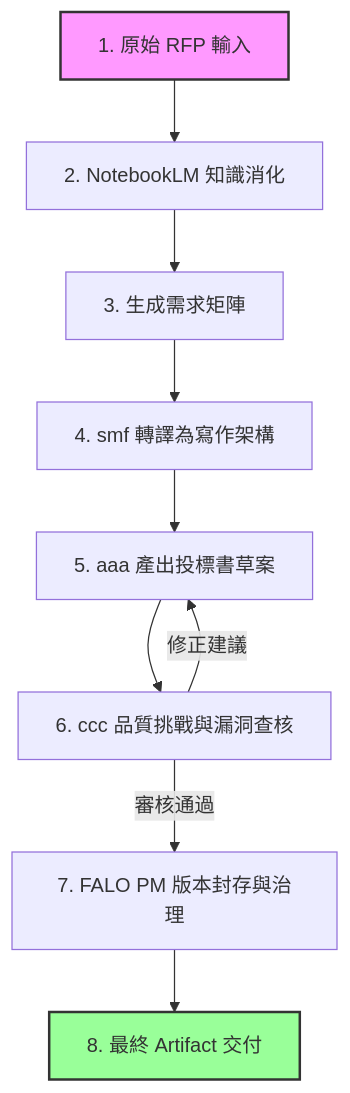
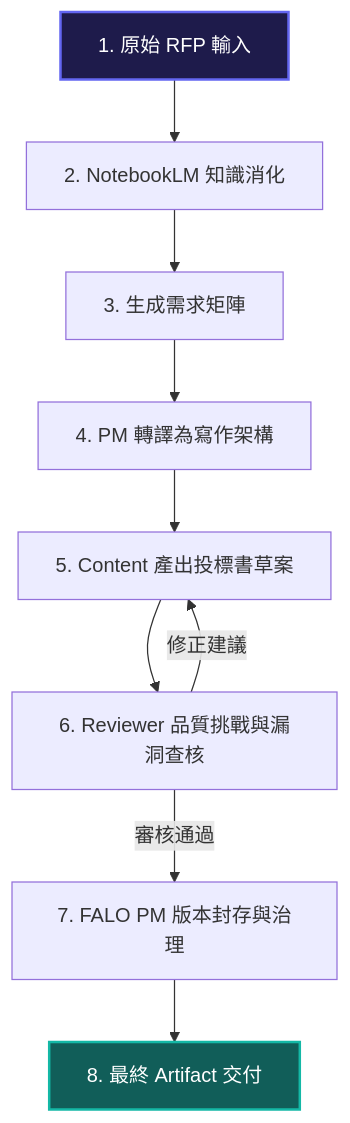
Before and after one commit to falo-chinese/skyline-class: the diagram in class2/docs/02_tender_workflow.md, drawn with Mermaid. The commit also changed other lines of this file and 11 other files, not shown here.

````diff
--- a/class2/docs/02_tender_workflow.md
+++ b/class2/docs/02_tender_workflow.md
@@ -24,16 +24,16 @@
 ```mermaid
 graph TD
     %% 節點定義
     RFP[1. 原始 RFP 輸入] --> NLM[2. NotebookLM 知識消化]
     NLM --> Matrix[3. 生成需求矩陣]
-    Matrix --> SMF[4. smf 轉譯為寫作架構]
-    SMF --> AAA[5. aaa 產出投標書草案]
-    AAA --> CCC[6. ccc 品質挑戰與漏洞查核]
-    CCC -->|修正建議| AAA
-    CCC -->|審核通過| FALO[7. FALO PM 版本封存與治理]
+    Matrix --> PM[4. PM 轉譯為寫作架構]
+    PM --> Content[5. Content 產出投標書草案]
+    Content --> Reviewer[6. Reviewer 品質挑戰與漏洞查核]
+    Reviewer -->|修正建議| Content
+    Reviewer -->|審核通過| FALO[7. FALO PM 版本封存與治理]
     FALO --> Deliverable[8. 最終 Artifact 交付]
 
     %% 樣式定義
-    style RFP fill:#f9f,stroke:#333,stroke-width:2px
-    style Deliverable fill:#9f9,stroke:#333,stroke-width:2px
+    style RFP fill:#1e1b4b,stroke:#6366f1,stroke-width:2px,color:#fff
+    style Deliverable fill:#115e59,stroke:#14b8a6,stroke-width:2px,color:#fff
 ```
````
